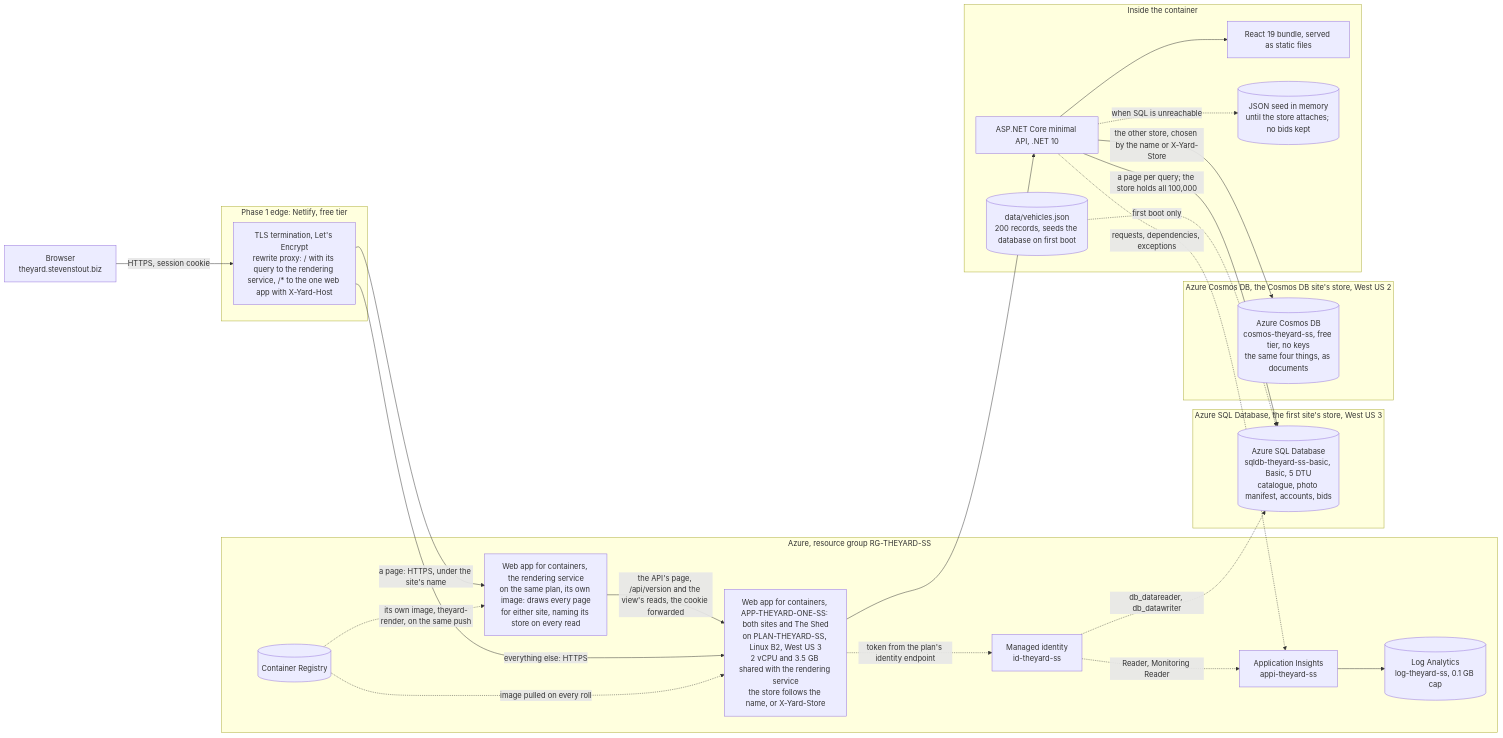
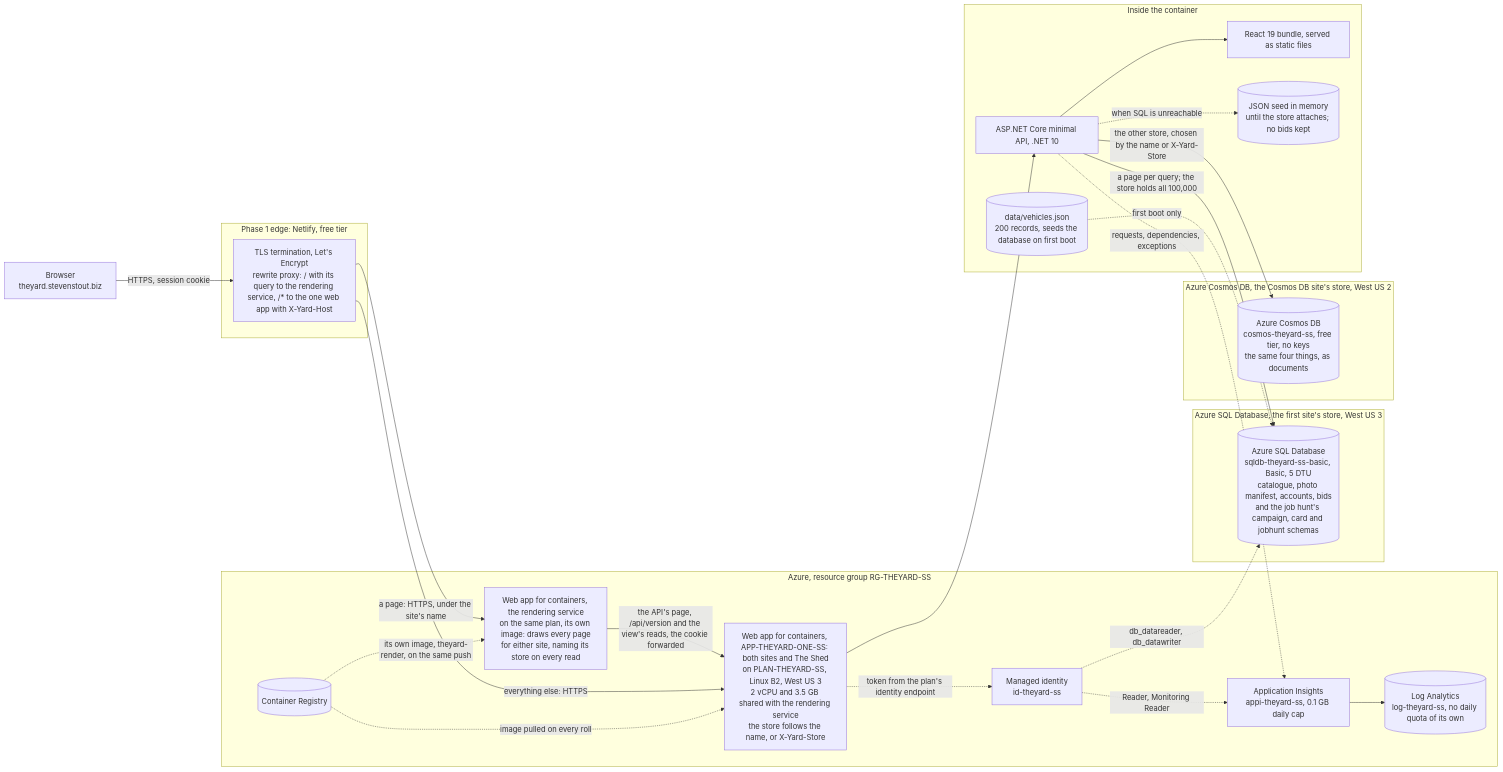
The first of 3 diagrams in docs/app-architecture/ARCHITECTURE.md (SteveStout/TheYard), drawn with Mermaid before and after one commit. The commit also changed other lines of this file and 10 other files, not shown here.

````diff
--- a/docs/app-architecture/ARCHITECTURE.md
+++ b/docs/app-architecture/ARCHITECTURE.md
@@ -33,51 +33,51 @@
 ```mermaid
 flowchart LR
   B["Browser<br/>theyard.stevenstout.biz"]
 
   subgraph edge["Phase 1 edge: Netlify, free tier"]
     TLS["TLS termination, Let's Encrypt<br/>rewrite proxy: / with its query to the rendering service, /* to the one web app with X-Yard-Host"]
   end
 
   subgraph azure["Azure, resource group RG-THEYARD-SS"]
     ACI["Web app for containers, APP-THEYARD-ONE-SS: both sites and The Shed<br/>on PLAN-THEYARD-SS, Linux B2, West US 3<br/>2 vCPU and 3.5 GB shared with the rendering service<br/>the store follows the name, or X-Yard-Store"]
     RENDER["Web app for containers, the rendering service<br/>on the same plan, its own image: draws every page<br/>for either site, naming its store on every read"]
     ACR[("Container Registry")]
     MI["Managed identity<br/>id-theyard-ss"]
-    AI["Application Insights<br/>appi-theyard-ss"]
-    LAW[("Log Analytics<br/>log-theyard-ss, 0.1 GB cap")]
+    AI["Application Insights<br/>appi-theyard-ss, 0.1 GB daily cap"]
+    LAW[("Log Analytics<br/>log-theyard-ss, no daily quota of its own")]
   end
 
   subgraph sql["Azure SQL Database, the first site's store, West US 3"]
-    SQL[("Azure SQL Database<br/>sqldb-theyard-ss-basic, Basic, 5 DTU<br/>catalogue, photo manifest, accounts, bids")]
+    SQL[("Azure SQL Database<br/>sqldb-theyard-ss-basic, Basic, 5 DTU<br/>catalogue, photo manifest, accounts, bids<br/>and the job hunt's campaign, card and jobhunt schemas")]
   end
 
   subgraph cosmos["Azure Cosmos DB, the Cosmos DB site's store, West US 2"]
     COSMOS[("Azure Cosmos DB<br/>cosmos-theyard-ss, free tier, no keys<br/>the same four things, as documents")]
   end
 
 
   subgraph box["Inside the container"]
     API["ASP.NET Core minimal API, .NET 10"]
     SPA["React 19 bundle, served as static files"]
     SEED[("data/vehicles.json<br/>200 records, seeds the database on first boot")]
     FILE[("JSON seed in memory<br/>until the store attaches; no bids kept")]
   end
 
   B -->|HTTPS, session cookie| TLS
   TLS -->|a page: HTTPS, under the site's name| RENDER
   RENDER -->|the API's page, /api/version and the view's reads, the cookie forwarded| ACI
   TLS -->|everything else: HTTPS| ACI
   ACI --> API
   API --> SPA
   API -->|a page per query; the store holds all 100,000| SQL
   API -->|the other store, chosen by the name or X-Yard-Store| COSMOS
   API -.->|when SQL is unreachable| FILE
   MI -.->|db_datareader, db_datawriter| SQL
   SEED -.->|first boot only| SQL
   ACR -.->|image pulled on every roll| ACI
   ACR -.->|its own image, theyard-render, on the same push| RENDER
   ACI -.->|token from the plan's identity endpoint| MI
   MI -.->|Reader, Monitoring Reader| AI
   API -.->|requests, dependencies, exceptions| AI
   AI --> LAW
 ```
````
